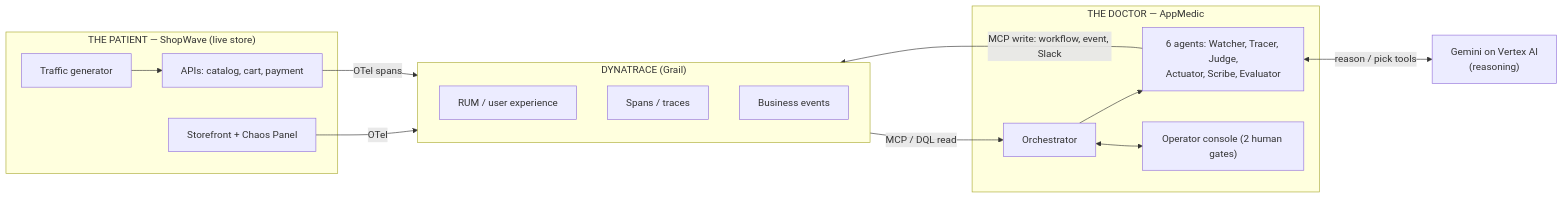
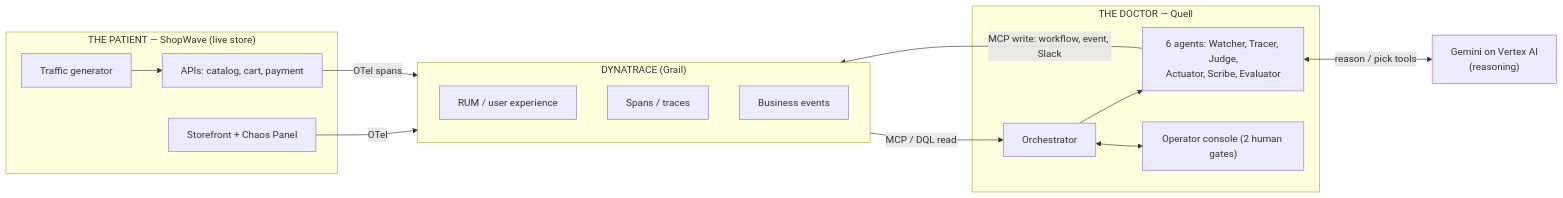
One commit to madmecodes/quell changed the first of 7 diagrams in ARCHITECTURE.md. Above: the diagram before and after it, drawn with Mermaid. The commit also changed other lines of this file and 39 other files, not shown here.

Commit message:
Rebrand AppMedic -> Quell: package, frontend, backend, docs; new mark + honest hero copy

````diff
--- a/ARCHITECTURE.md
+++ b/ARCHITECTURE.md
@@ -14,31 +14,31 @@
 ```mermaid
 flowchart LR
   subgraph P["THE PATIENT — ShopWave (live store)"]
     FE["Storefront + Chaos Panel"]
     API["APIs: catalog, cart, payment"]
     TG["Traffic generator"]
   end
 
   subgraph DT["DYNATRACE (Grail)"]
     RUM["RUM / user experience"]
     SP["Spans / traces"]
     BIZ["Business events"]
   end
 
-  subgraph D["THE DOCTOR — AppMedic"]
+  subgraph D["THE DOCTOR — Quell"]
     ORCH["Orchestrator"]
     AGENTS["6 agents: Watcher, Tracer, Judge,\nActuator, Scribe, Evaluator"]
     UI["Operator console (2 human gates)"]
   end
 
   GEM["Gemini on Vertex AI\n(reasoning)"]
 
   FE -->|OTel| DT
   API -->|OTel spans| DT
   TG --> API
   DT -->|MCP / DQL read| ORCH
   ORCH --> AGENTS
   AGENTS <-->|reason / pick tools| GEM
   AGENTS -->|MCP write: workflow, event, Slack| DT
   ORCH <--> UI
 ```
````
